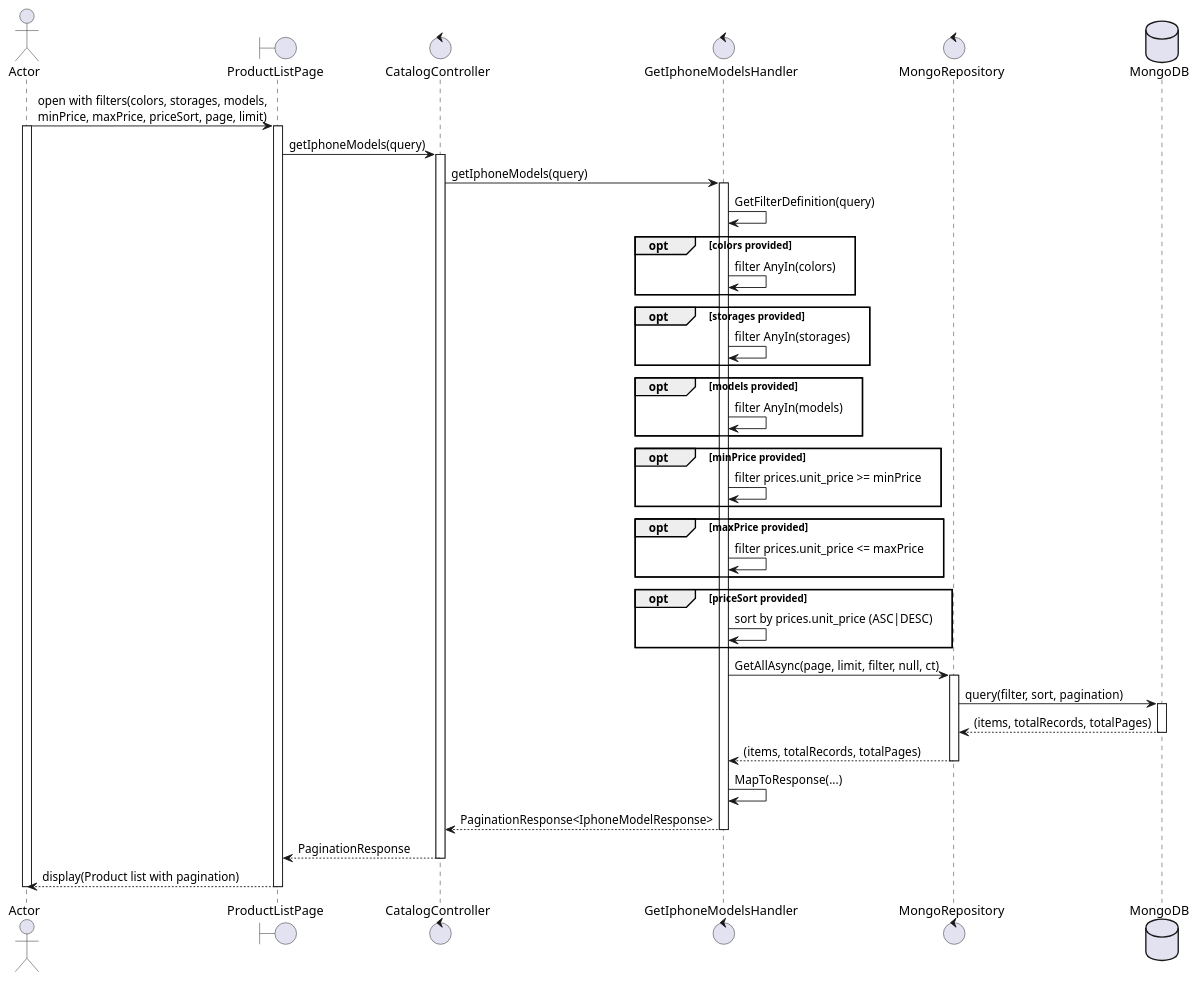
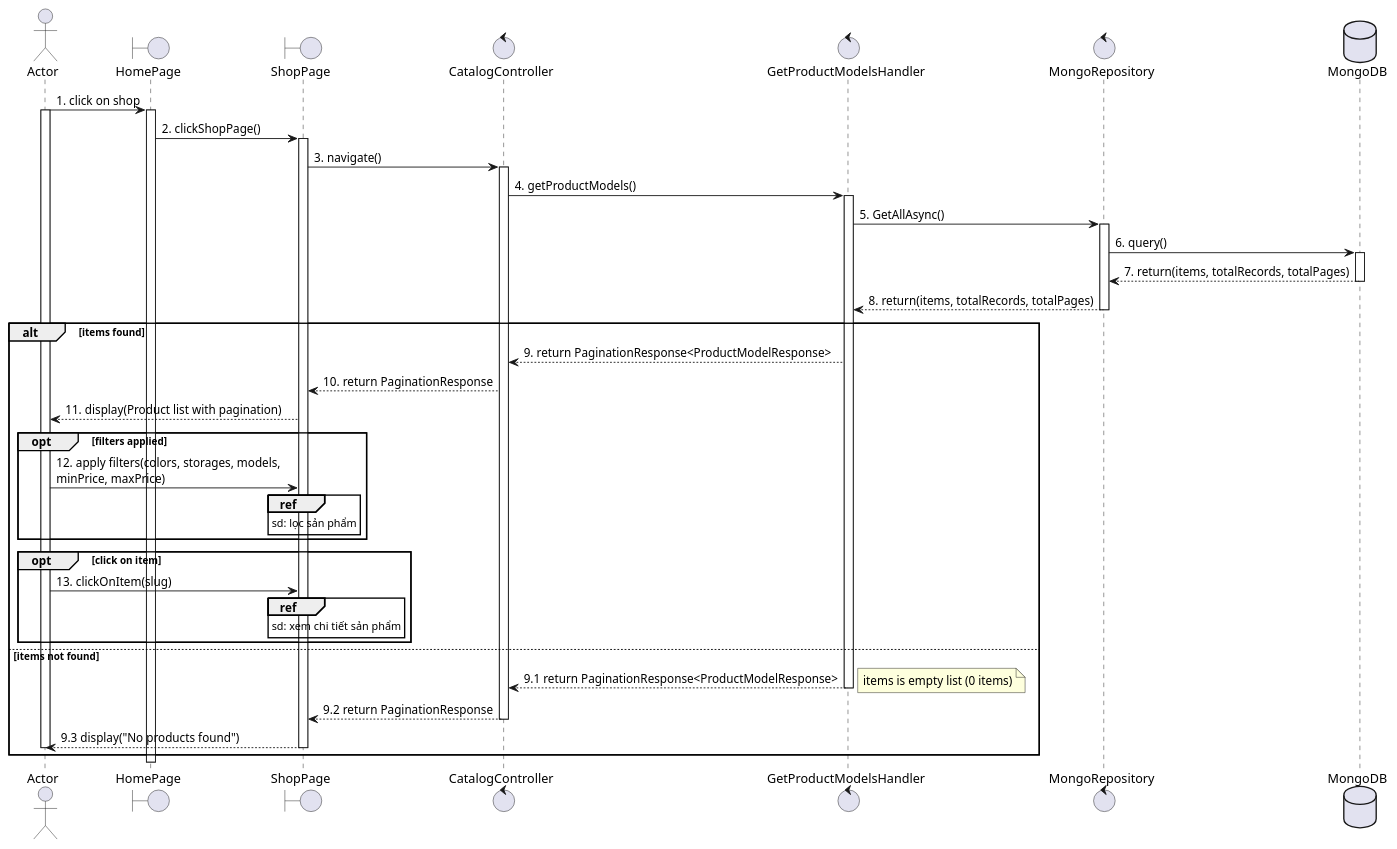
The diagram in docs/usecases/UC5_view-product-list.plantuml (Young-Z-Generation-YZG/your-comfort-my-apple), drawn with PlantUML before and after one commit. The commit also changed 2 other files, not shown here.

```diff
--- a/docs/usecases/UC5_view-product-list.plantuml
+++ b/docs/usecases/UC5_view-product-list.plantuml
@@ -1,60 +1,58 @@
 @startuml UC5_view-product-list
 actor Actor
-boundary ProductListPage
+boundary HomePage
+boundary ShopPage
 control CatalogController
-control GetIphoneModelsHandler
+control GetProductModelsHandler
 control MongoRepository
 database MongoDB
 
-Actor -> ProductListPage: open with filters(colors, storages, models,\nminPrice, maxPrice, priceSort, page, limit)
+
+Actor -> HomePage: 1. click on shop
 activate Actor
-activate ProductListPage
+activate HomePage
 
-ProductListPage -> CatalogController: getIphoneModels(query)
+HomePage -> ShopPage: 2. clickShopPage()
+activate ShopPage
+
+ShopPage -> CatalogController: 3. navigate()
 activate CatalogController
 
-CatalogController -> GetIphoneModelsHandler: getIphoneModels(query)
-activate GetIphoneModelsHandler
+CatalogController -> GetProductModelsHandler: 4. getProductModels()
+activate GetProductModelsHandler
 
-GetIphoneModelsHandler -> GetIphoneModelsHandler: GetFilterDefinition(query)
+GetProductModelsHandler -> MongoRepository: 5. GetAllAsync()
+activate MongoRepository
 
-opt colors provided
-    GetIphoneModelsHandler -> GetIphoneModelsHandler: filter AnyIn(colors)
-end
-opt storages provided
-    GetIphoneModelsHandler -> GetIphoneModelsHandler: filter AnyIn(storages)
-end
-opt models provided
-    GetIphoneModelsHandler -> GetIphoneModelsHandler: filter AnyIn(models)
-end
-opt minPrice provided
-    GetIphoneModelsHandler -> GetIphoneModelsHandler: filter prices.unit_price >= minPrice
-end
-opt maxPrice provided
-    GetIphoneModelsHandler -> GetIphoneModelsHandler: filter prices.unit_price <= maxPrice
-end
-opt priceSort provided
-    GetIphoneModelsHandler -> GetIphoneModelsHandler: sort by prices.unit_price (ASC|DESC)
-end
-
-GetIphoneModelsHandler -> MongoRepository: GetAllAsync(page, limit, filter, null, ct)
-activate MongoRepository
-MongoRepository -> MongoDB: query(filter, sort, pagination)
+MongoRepository -> MongoDB: 6. query()
 activate MongoDB
-MongoDB --> MongoRepository: (items, totalRecords, totalPages)
+MongoDB --> MongoRepository: 7. return(items, totalRecords, totalPages)
 deactivate MongoDB
-MongoRepository --> GetIphoneModelsHandler: (items, totalRecords, totalPages)
+MongoRepository --> GetProductModelsHandler: 8. return(items, totalRecords, totalPages)
 deactivate MongoRepository
 
-GetIphoneModelsHandler -> GetIphoneModelsHandler: MapToResponse(...)
-GetIphoneModelsHandler --> CatalogController: PaginationResponse<IphoneModelResponse>
-deactivate GetIphoneModelsHandler
-
-CatalogController --> ProductListPage: PaginationResponse
-deactivate CatalogController
-
-ProductListPage --> Actor: display(Product list with pagination)
-deactivate ProductListPage
-deactivate Actor
-
+alt items found
+    GetProductModelsHandler --> CatalogController: 9. return PaginationResponse<ProductModelResponse>
+    CatalogController --> ShopPage: 10. return PaginationResponse
+    ShopPage --> Actor: 11. display(Product list with pagination)
+    opt filters applied
+        Actor -> ShopPage: 12. apply filters(colors, storages, models, \nminPrice, maxPrice)
+            ref over ShopPage: sd: lọc sản phẩm
+    end
+    opt click on item
+        Actor -> ShopPage: 13. clickOnItem(slug)
+            ref over ShopPage: sd: xem chi tiết sản phẩm
+    end
+else items not found
+    GetProductModelsHandler --> CatalogController: 9.1 return PaginationResponse<ProductModelResponse>
+    deactivate GetProductModelsHandler
+    note right
+        items is empty list (0 items)
+    end note
+    CatalogController --> ShopPage: 9.2 return PaginationResponse
+    deactivate CatalogController
+    ShopPage --> Actor: 9.3 display("No products found")
+    deactivate ShopPage
+    deactivate Actor
+end
 @enduml
```
